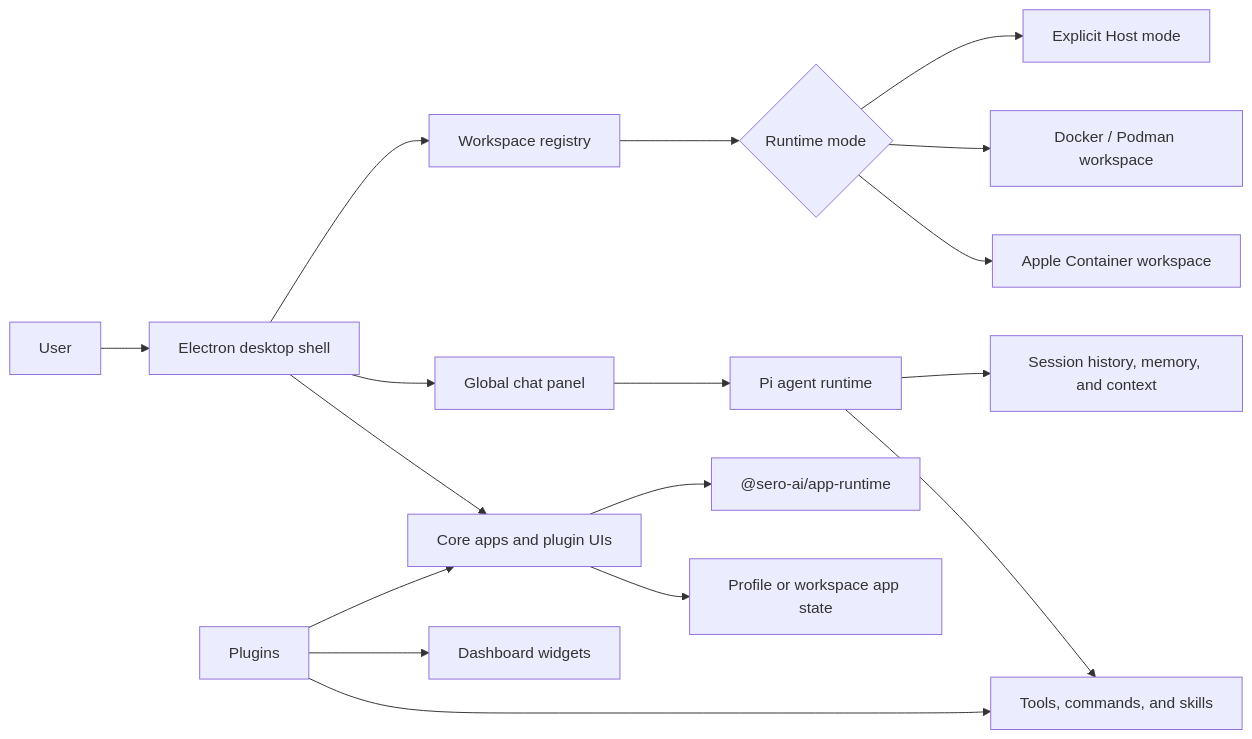
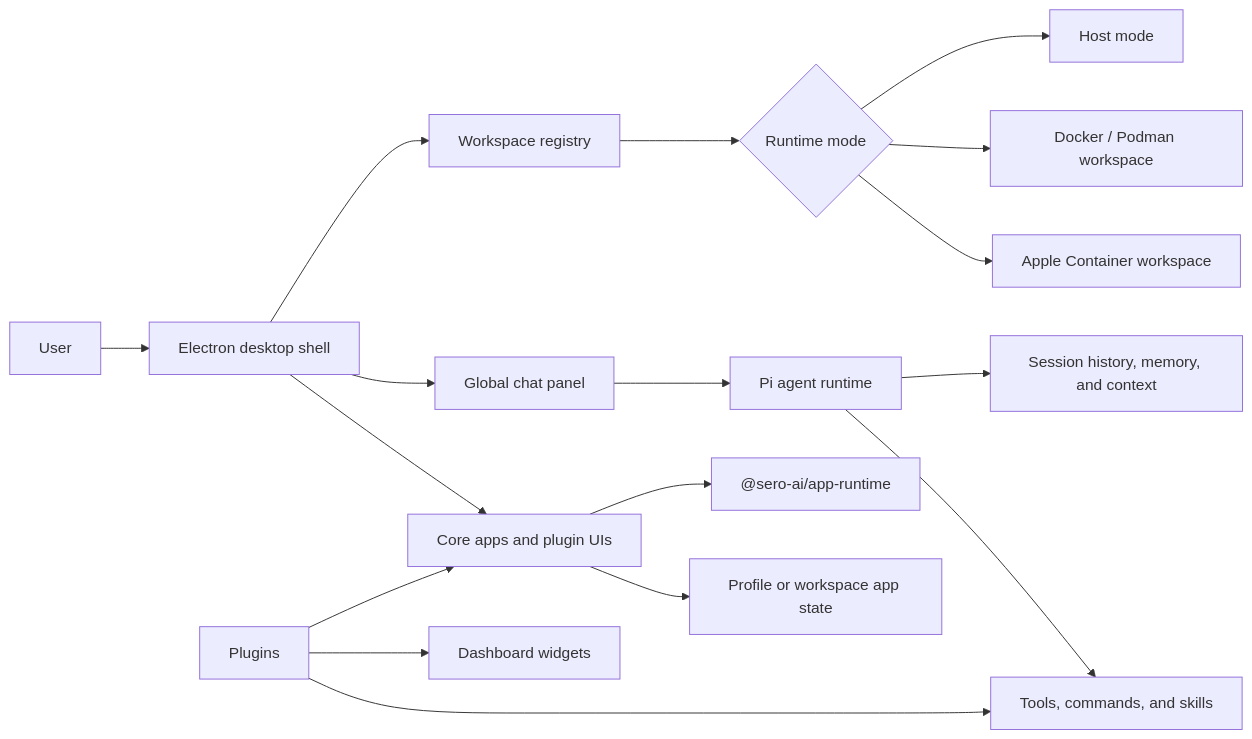
The first of 2 diagrams in apps/docs-site/docs/reference/architecture.md (sero-labs/sero), drawn with Mermaid before and after one commit. The commit also changed other lines of this file and 36 other files, not shown here.

````diff
--- a/apps/docs-site/docs/reference/architecture.md
+++ b/apps/docs-site/docs/reference/architecture.md
@@ -15,24 +15,24 @@
 ```mermaid
 flowchart LR
   User[User] --> Shell[Electron desktop shell]
 
   Shell --> Apps[Core apps and plugin UIs]
   Shell --> Chat[Global chat panel]
   Shell --> Workspace[Workspace registry]
 
   Chat --> Pi[Pi agent runtime]
   Pi --> Tools[Tools, commands, and skills]
   Pi --> Context[Session history, memory, and context]
 
   Workspace --> Runtime{Runtime mode}
   Runtime --> Apple[Apple Container workspace]
   Runtime --> Docker[Docker / Podman workspace]
-  Runtime --> Host[Explicit Host mode]
+  Runtime --> Host[Host mode]
 
   Apps --> AppRuntime["@sero-ai/app-runtime"]
   Apps --> AppState[Profile or workspace app state]
 
   Plugins[Plugins] --> Apps
   Plugins --> Tools
   Plugins --> Widgets[Dashboard widgets]
 ```
````
